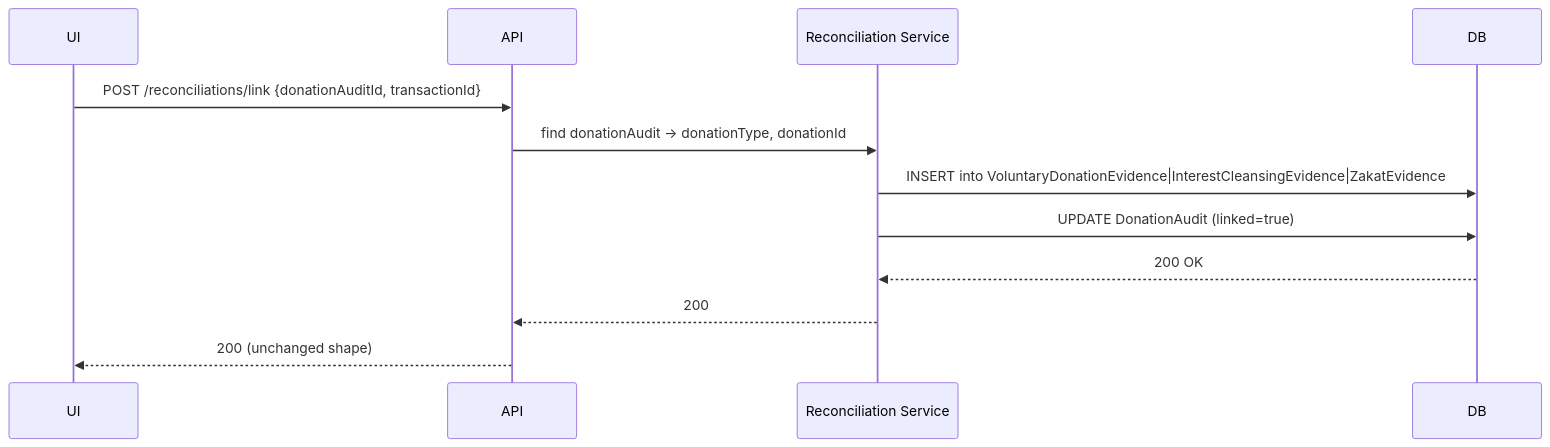
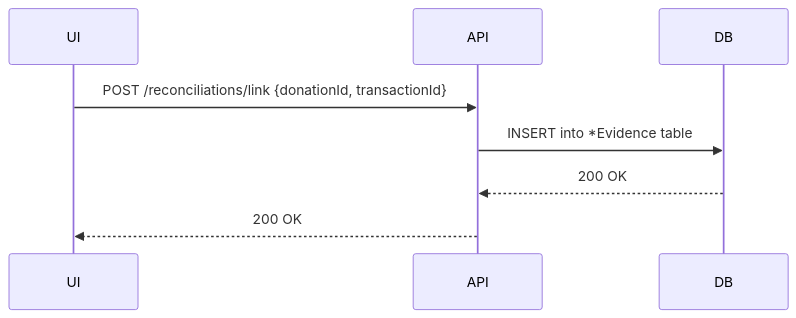
The second of 4 diagrams in spec/technical_debt/donationpayment-repurpose.md (ab1303/my-financials-nextjs), drawn with Mermaid before and after one commit. The commit also changed other lines of this file and 10 other files, not shown here.

````diff
--- a/spec/technical_debt/donationpayment-repurpose.md
+++ b/spec/technical_debt/donationpayment-repurpose.md
@@ -145,15 +101,11 @@
 ```mermaid
 sequenceDiagram
   participant UI
   participant API
-  participant Recon as Reconciliation Service
   participant DB
 
-  UI->>API: POST /reconciliations/link {donationAuditId, transactionId}
-  API->>Recon: find donationAudit -> donationType, donationId
-  Recon->>DB: INSERT into VoluntaryDonationEvidence|InterestCleansingEvidence|ZakatEvidence
-  Recon->>DB: UPDATE DonationAudit (linked=true)
-  DB-->>Recon: 200 OK
-  Recon-->>API: 200
-  API-->>UI: 200 (unchanged shape)
+  UI->>API: POST /reconciliations/link {donationId, transactionId}
+  API->>DB: INSERT into *Evidence table
+  DB-->>API: 200 OK
+  API-->>UI: 200 OK
 ```
````
